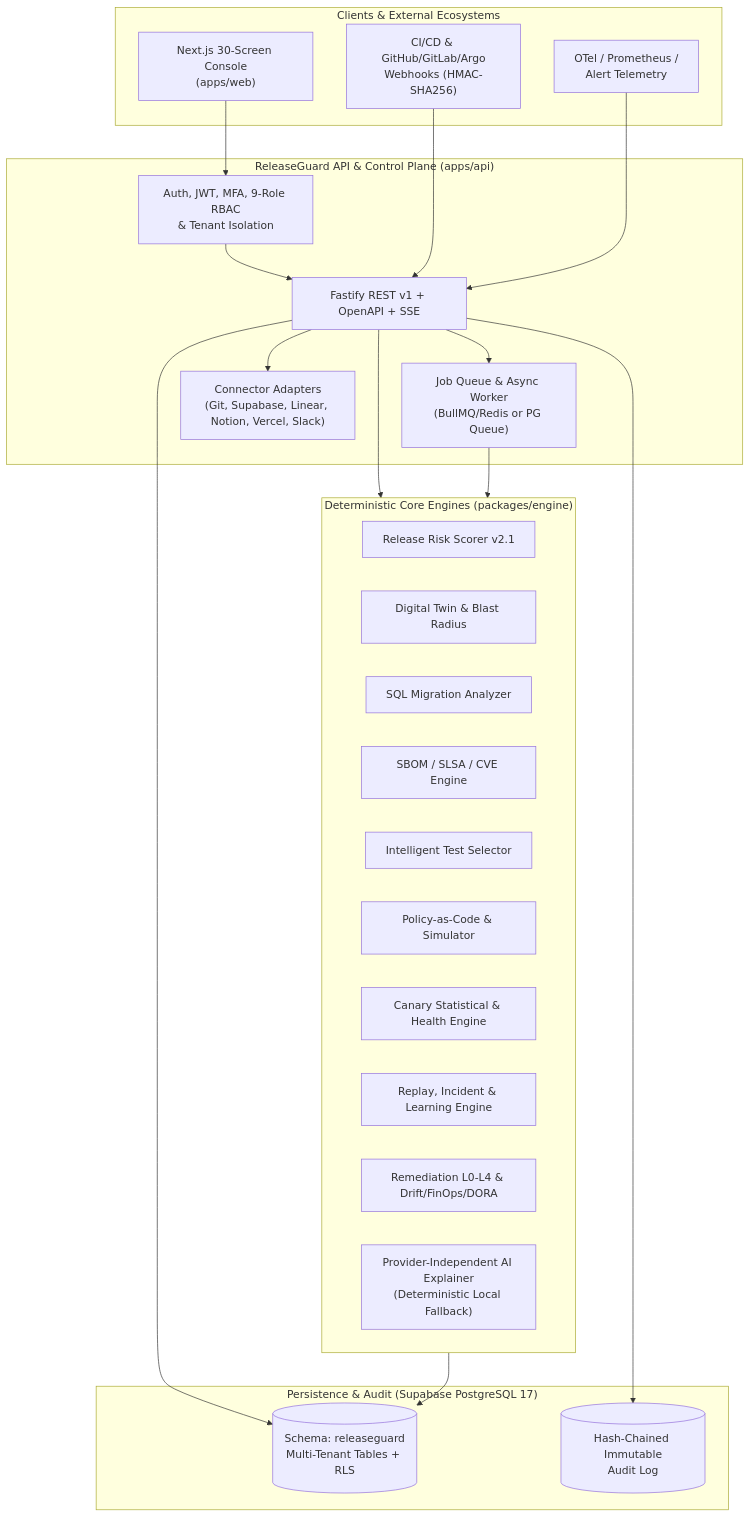
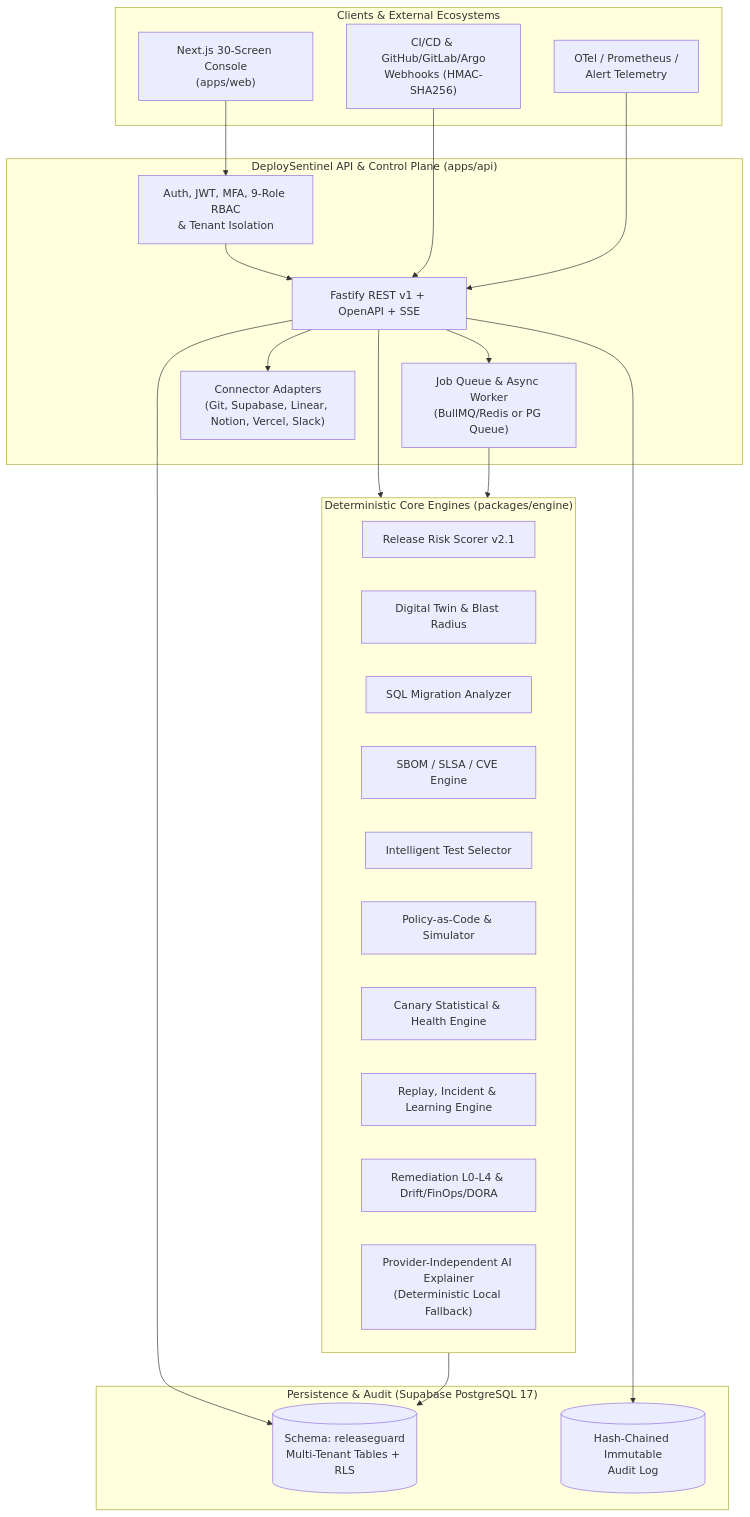
The first of 2 diagrams in docs/ARCHITECTURE.md (Madanpatel21/DeploySentinel), drawn with Mermaid before and after one commit. The commit also changed other lines of this file and 55 other files, not shown here.

Commit message:
chore: rename project from ReleaseGuard to DeploySentinel across codebase, docs, and assets

````diff
--- a/docs/ARCHITECTURE.md
+++ b/docs/ARCHITECTURE.md
@@ -12,44 +12,44 @@
 ```mermaid
 flowchart TB
     subgraph Clients["Clients & External Ecosystems"]
         WEB["Next.js 30-Screen Console<br/>(apps/web)"]
         CLI["CI/CD & GitHub/GitLab/Argo<br/>Webhooks (HMAC-SHA256)"]
         OTEL["OTel / Prometheus /<br/>Alert Telemetry"]
     end
 
-    subgraph ControlPlane["ReleaseGuard API & Control Plane (apps/api)"]
+    subgraph ControlPlane["DeploySentinel API & Control Plane (apps/api)"]
         AUTH["Auth, JWT, MFA, 9-Role RBAC<br/>& Tenant Isolation"]
         REST["Fastify REST v1 + OpenAPI + SSE"]
         QUEUE["Job Queue & Async Worker<br/>(BullMQ/Redis or PG Queue)"]
         ADAPTERS["Connector Adapters<br/>(Git, Supabase, Linear, Notion, Vercel, Slack)"]
     end
 
     subgraph Engines["Deterministic Core Engines (packages/engine)"]
         RISK["Release Risk Scorer v2.1"]
         TWIN["Digital Twin & Blast Radius"]
         SQL["SQL Migration Analyzer"]
         SBOM["SBOM / SLSA / CVE Engine"]
         ITS["Intelligent Test Selector"]
         POLICY["Policy-as-Code & Simulator"]
         CANARY["Canary Statistical & Health Engine"]
         REPLAY["Replay, Incident & Learning Engine"]
         REMED["Remediation L0-L4 & Drift/FinOps/DORA"]
         AI["Provider-Independent AI Explainer<br/>(Deterministic Local Fallback)"]
     end
 
     subgraph Data["Persistence & Audit (Supabase PostgreSQL 17)"]
         PG[("Schema: releaseguard<br/>Multi-Tenant Tables + RLS")]
         AUDIT[("Hash-Chained Immutable<br/>Audit Log")]
     end
 
     WEB --> AUTH --> REST
     CLI --> REST
     OTEL --> REST
     REST --> QUEUE
     REST --> Engines
     QUEUE --> Engines
     REST --> ADAPTERS
     Engines --> PG
     REST --> PG
     REST --> AUDIT
 ```
````
